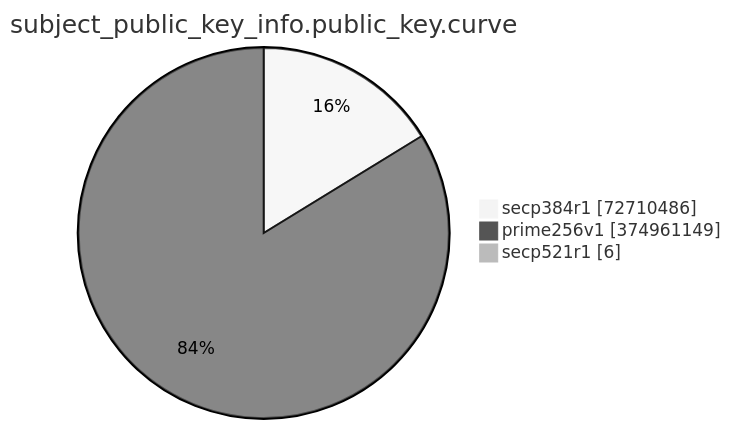
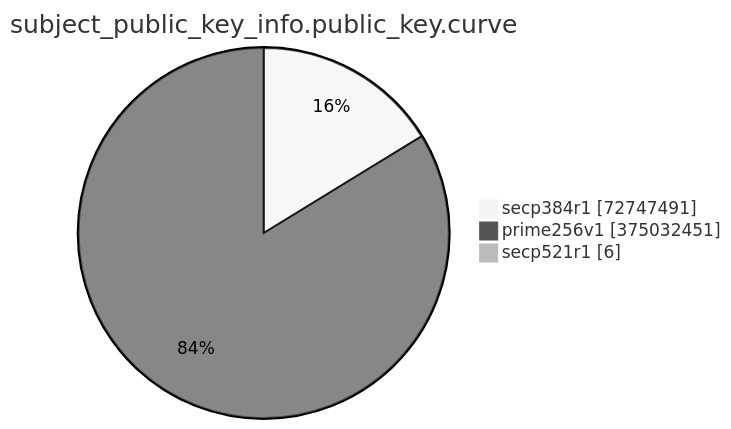
Before and after one commit to christiankrug/ctmonitor_visualization: the eighth of 15 diagrams in TOTAL/README.md, drawn with Mermaid (neutral theme). The commit also changed other lines of this file, not shown here.

````diff
--- a/TOTAL/README.md
+++ b/TOTAL/README.md
@@ -3094,7 +3094,7 @@
 ```mermaid
 pie showData
 title subject_public_key_info.public_key.curve
-"secp384r1" :72710486
-"prime256v1" :374961149
+"secp384r1" :72747491
+"prime256v1" :375032451
 "secp521r1" :6
 ```
````
